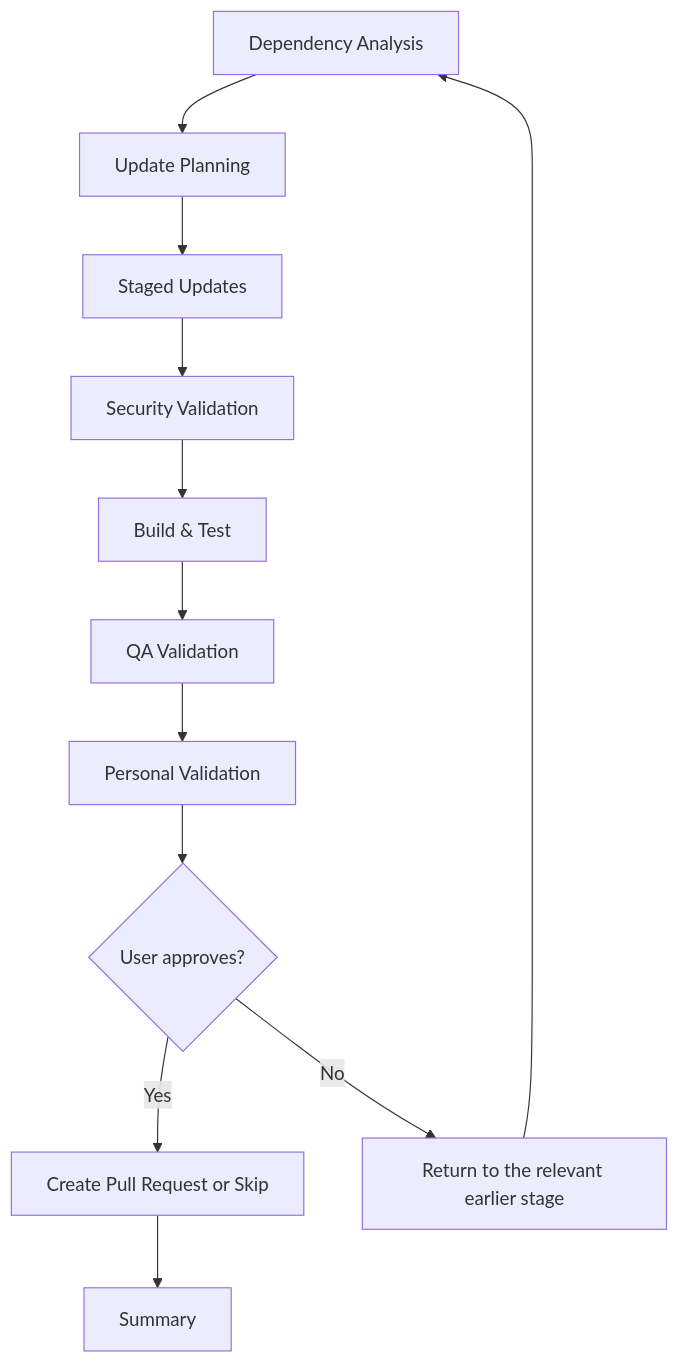
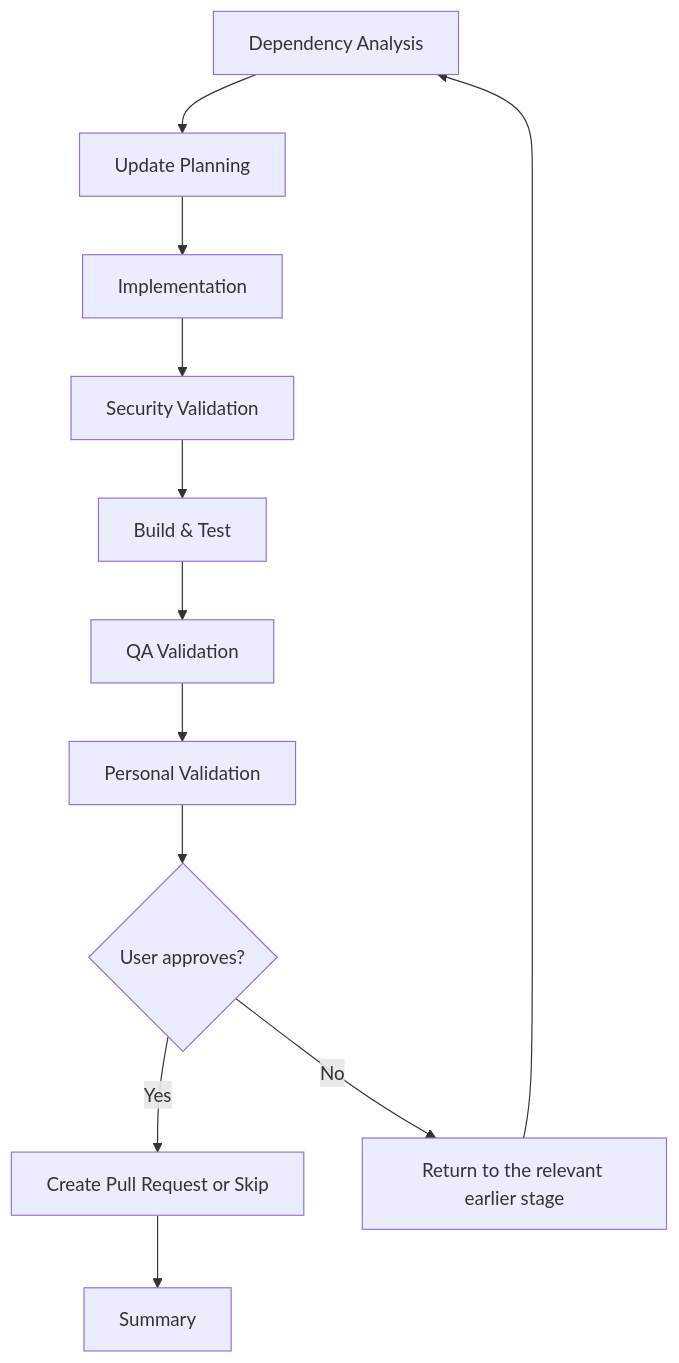
Before and after one commit to JSdotNet/Copilot: the fourth of 14 diagrams in plugins/copilot-app/resources/orchestration-flow-diagrams.md, drawn with Mermaid. The commit also changed other lines of this file and 19 other files, not shown here.

````diff
--- a/plugins/copilot-app/resources/orchestration-flow-diagrams.md
+++ b/plugins/copilot-app/resources/orchestration-flow-diagrams.md
@@ -61,14 +98,14 @@
 ```mermaid
 flowchart TD
     A["Dependency Analysis"] --> B["Update Planning"]
-    B --> C["Staged Updates"]
+    B --> C["Implementation"]
     C --> D["Security Validation"]
     D --> E["Build & Test"]
     E --> F["QA Validation"]
     F --> G["Personal Validation"]
     G --> H{User approves?}
     H -->|Yes| I["Create Pull Request or Skip"]
     H -->|No| J["Return to the relevant earlier stage"]
     J --> A
     I --> K["Summary"]
 ```
````
